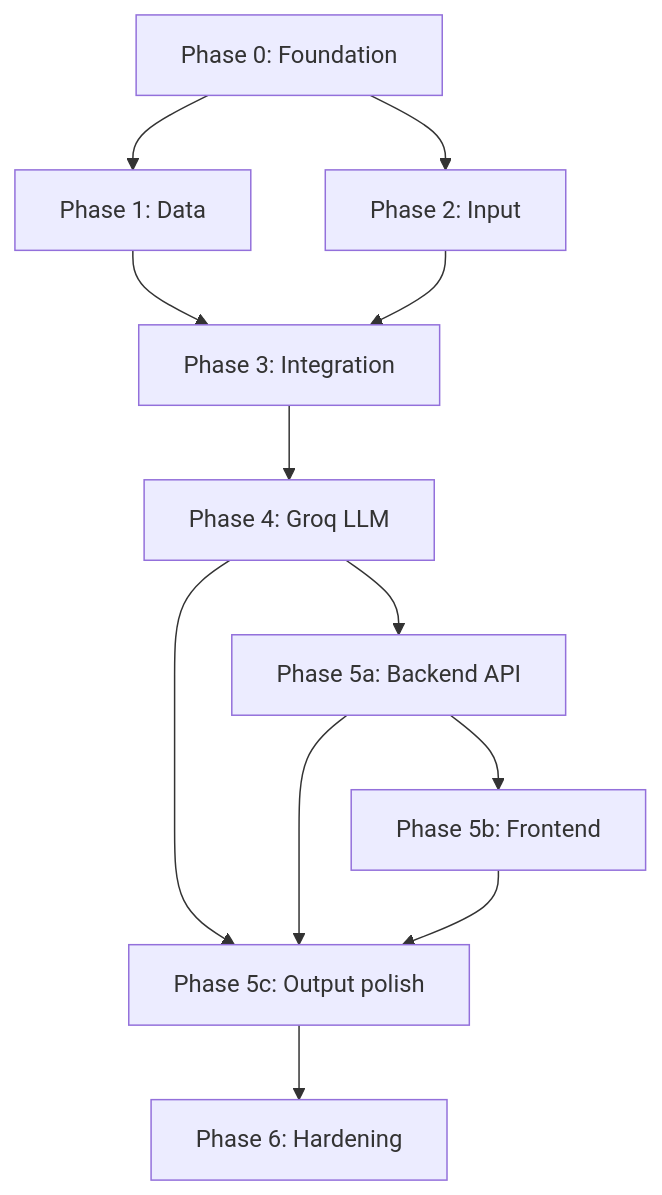
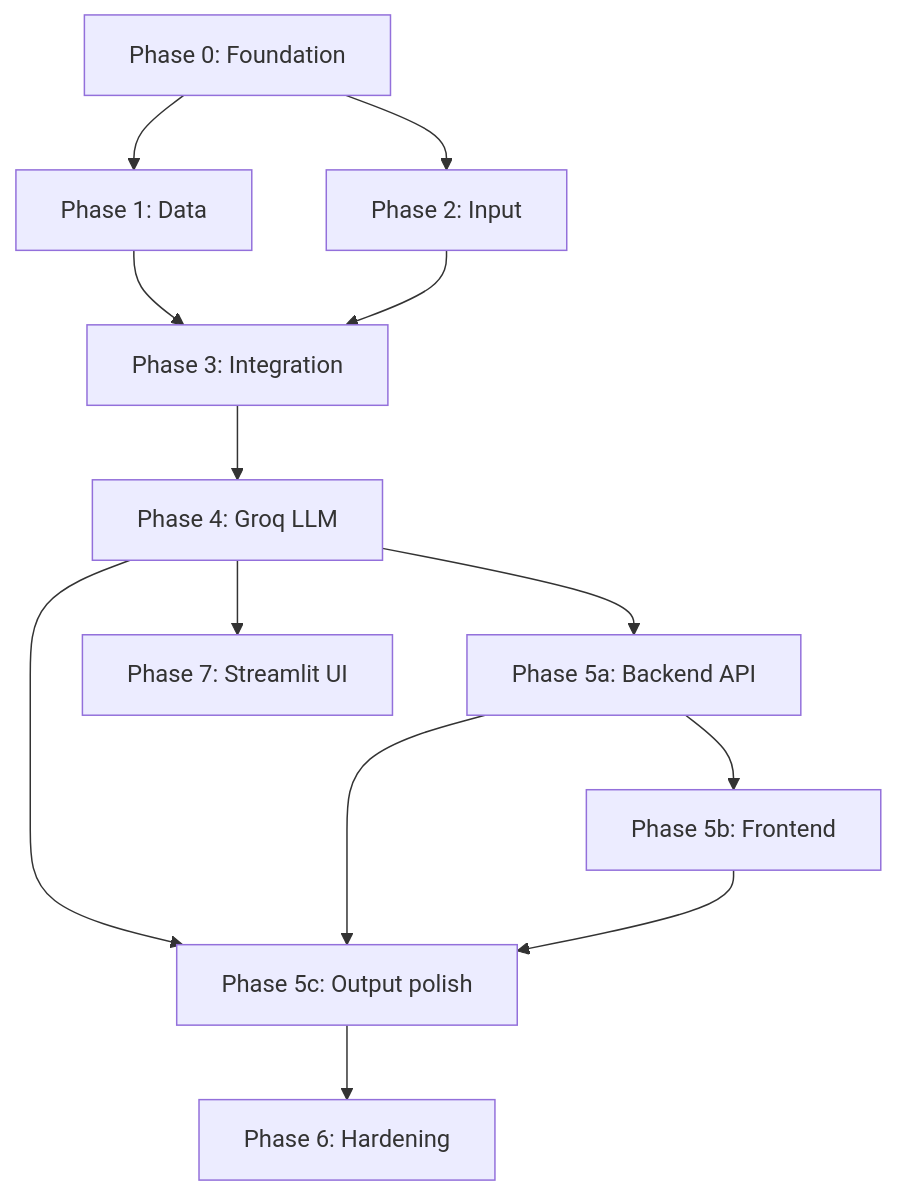
One commit to Ankur-Abhijeet/Zomato-milestone-1 changed diagram 11 of 11 in docs/architecture.md. Above: the diagram before and after it, drawn with Mermaid. The commit also changed other lines of this file, not shown here.

Commit message:
docs: Add Phase 7 Streamlit deployment to architecture

````diff
--- a/docs/architecture.md
+++ b/docs/architecture.md
@@ -690,24 +711,26 @@
 ```mermaid
 flowchart TD
     P0[Phase 0: Foundation]
     P1[Phase 1: Data]
     P2[Phase 2: Input]
     P3[Phase 3: Integration]
     P4[Phase 4: Groq LLM]
     P5A[Phase 5a: Backend API]
     P5B[Phase 5b: Frontend]
     P5C[Phase 5c: Output polish]
     P6[Phase 6: Hardening]
+    P7[Phase 7: Streamlit UI]
 
     P0 --> P1
     P0 --> P2
     P1 --> P3
     P2 --> P3
     P3 --> P4
     P4 --> P5A
     P5A --> P5B
     P4 --> P5C
     P5A --> P5C
     P5B --> P5C
     P5C --> P6
+    P4 --> P7
 ```
````
